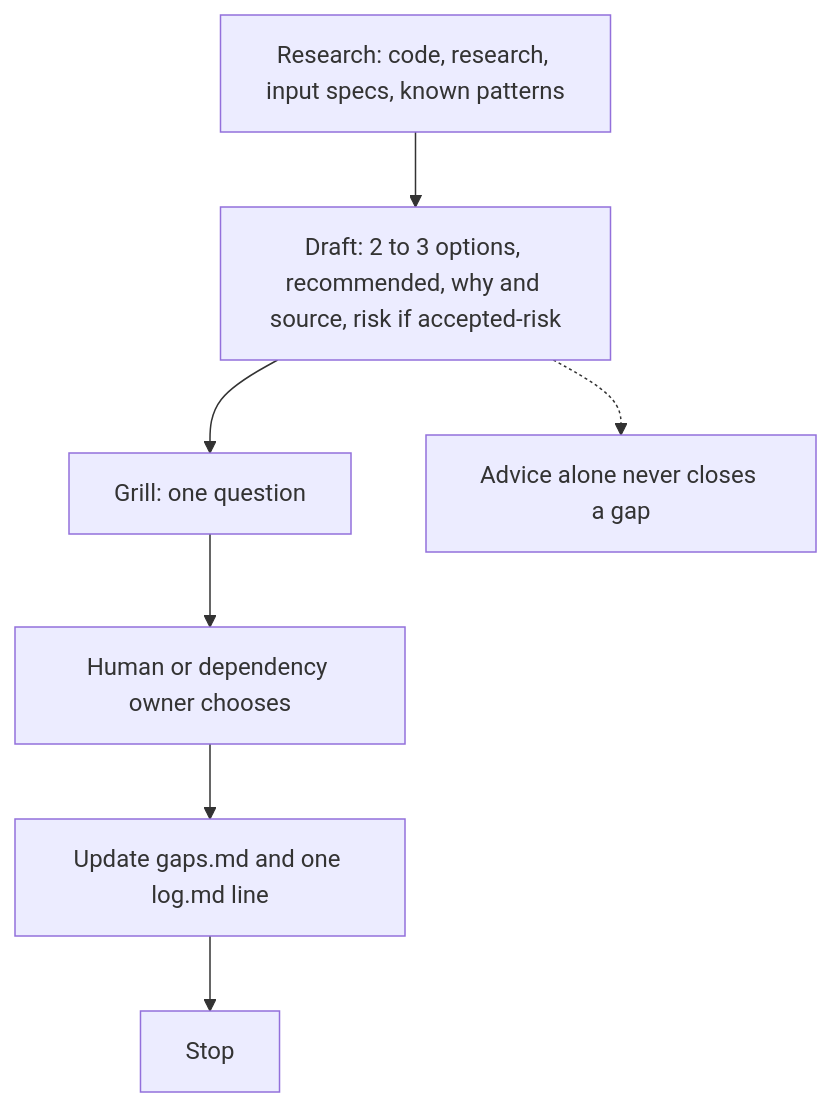
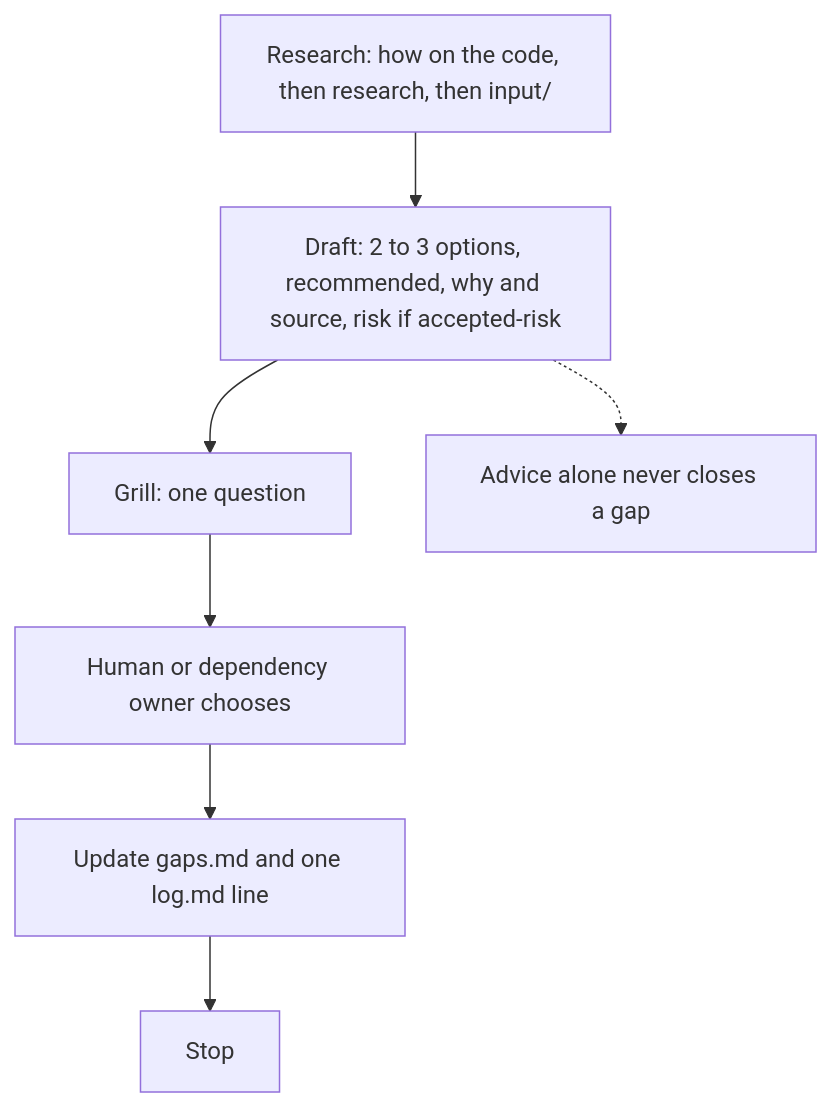
The first of 3 diagrams in plugins/productivity/README.md (svennijhuis/agentPacks), drawn with Mermaid before and after one commit. The commit also changed other lines of this file and 1 other file, not shown here.

````diff
--- a/plugins/productivity/README.md
+++ b/plugins/productivity/README.md
@@ -57,9 +72,9 @@
 ```mermaid
 flowchart TD
-  research["Research: code, research, input specs, known patterns"] --> advice["Draft: 2 to 3 options, recommended, why and source, risk if accepted-risk"]
+  research["Research: how on the code, then research, then input/"] --> advice["Draft: 2 to 3 options, recommended, why and source, risk if accepted-risk"]
   advice --> grill["Grill: one question"]
   grill --> choice["Human or dependency owner chooses"]
   choice --> record["Update gaps.md and one log.md line"]
   record --> halt["Stop"]
   advice -.-> never["Advice alone never closes a gap"]
 ```
````
